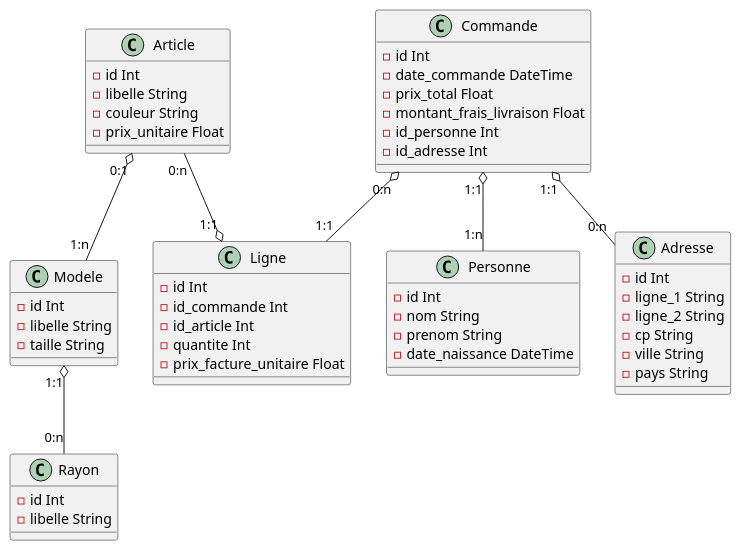
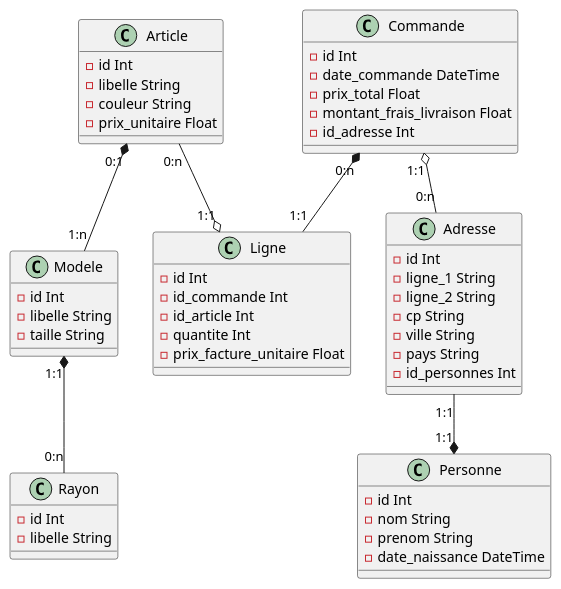
The diagram in doc/models.puml (Unknow46/M1III_Vente_Confinement), drawn with PlantUML before and after one commit. The commit also changed 4 other files, not shown here.

Commit message:
:ambulance: change relation between commande & adresse

```diff
--- a/doc/models.puml
+++ b/doc/models.puml
@@ -1,64 +1,64 @@
 @startuml Class Article
 
 class Article {
     - id Int
     - libelle String
     - couleur String 
     - prix_unitaire Float
 }
 
 class Modele{
     - id Int
     - libelle String
     - taille String 
 }
 
 class Rayon{
     - id Int
     - libelle String 
 }
 
 class Personne{
     - id Int
     - nom String
     - prenom String
     - date_naissance DateTime 
 }
 
 class Adresse{
     - id Int
     - ligne_1 String
     - ligne_2 String
     - cp String
     - ville String
     - pays String
+    - id_personnes Int
 }
 
 class Commande{
     - id Int
     - date_commande DateTime
     - prix_total Float
     - montant_frais_livraison Float
-    - id_personne Int
     - id_adresse Int
 }
 
 class Ligne{
     - id Int
     - id_commande Int
     - id_article Int
     - quantite Int
     - prix_facture_unitaire Float
 }
 
 
-Article "0:1" o-- "1:n" Modele
-Modele "1:1" o-- "0:n" Rayon
+Article "0:1" *-- "1:n" Modele
+Modele "1:1" *-- "0:n" Rayon
 
 Article "0:n" --o "1:1" Ligne
 
-Commande "1:1" o-- "1:n" Personne
-Commande "0:n" o-- "1:1" Ligne
+Adresse "1:1" --* "1:1" Personne
+Commande "0:n" *-- "1:1" Ligne
 Commande "1:1" o-- "0:n" Adresse
 
 @enduml
```
